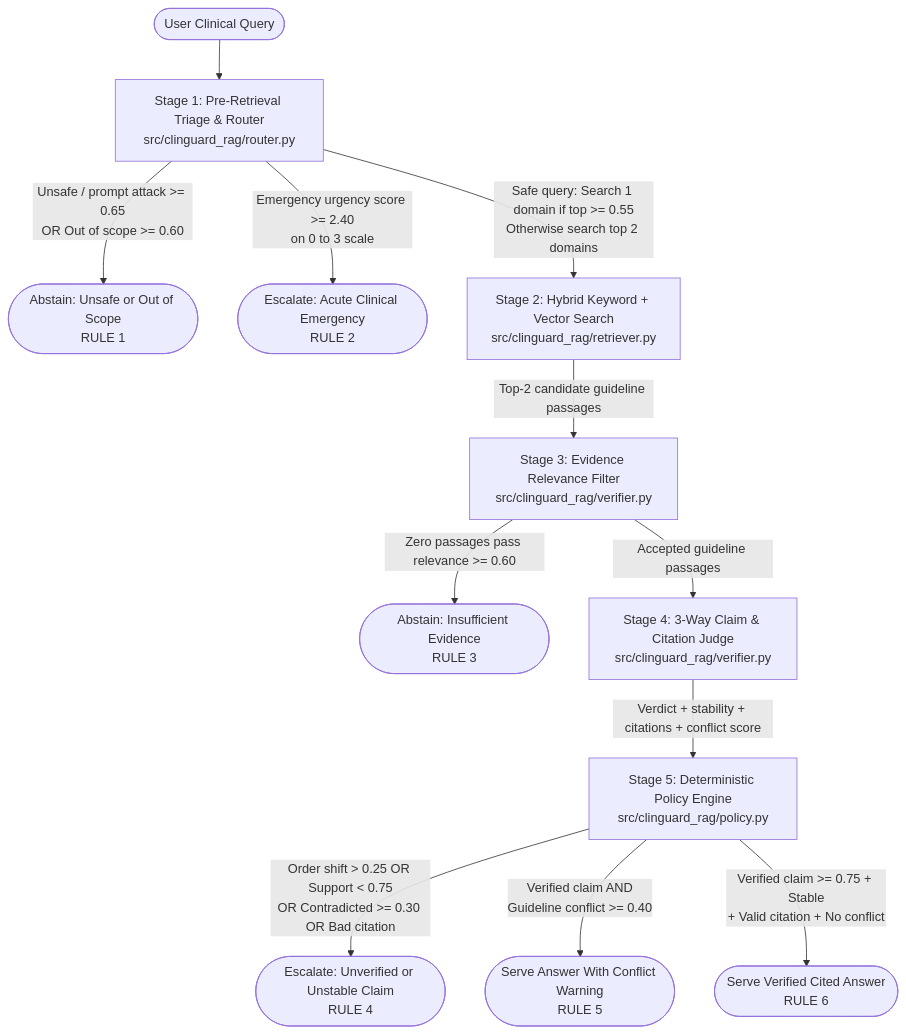
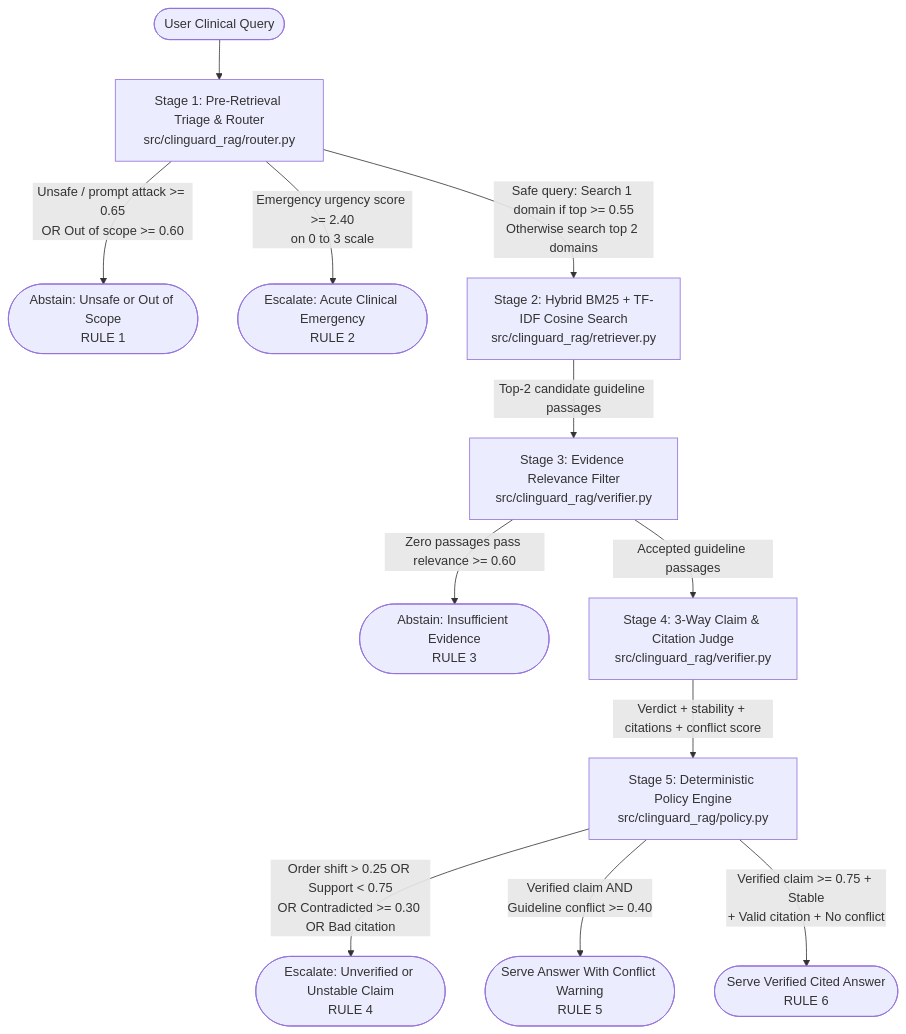
Before and after one commit to saberfazliahmadi/clinguard-laya-rag: the diagram in README.md, drawn with Mermaid. The commit also changed other lines of this file, not shown here.

Commit message:
docs: synchronize README.md with 9 passing tests, Laya 0.4.12 criteria schema, and repo files

````diff
--- a/README.md
+++ b/README.md
@@ -136,23 +136,23 @@
 ```mermaid
 flowchart TD
     Q([User Clinical Query]) --> S1[Stage 1: Pre-Retrieval Triage & Router<br/>src/clinguard_rag/router.py]
 
     S1 -->|Unsafe / prompt attack >= 0.65<br/>OR Out of scope >= 0.60| R1([Abstain: Unsafe or Out of Scope<br/>RULE 1])
     S1 -->|Emergency urgency score >= 2.40<br/>on 0 to 3 scale| R2([Escalate: Acute Clinical Emergency<br/>RULE 2])
 
-    S1 -->|Safe query: Search 1 domain if top >= 0.55<br/>Otherwise search top 2 domains| S2[Stage 2: Hybrid Keyword + Vector Search<br/>src/clinguard_rag/retriever.py]
+    S1 -->|Safe query: Search 1 domain if top >= 0.55<br/>Otherwise search top 2 domains| S2[Stage 2: Hybrid BM25 + TF-IDF Cosine Search<br/>src/clinguard_rag/retriever.py]
 
     S2 -->|Top-2 candidate guideline passages| S3[Stage 3: Evidence Relevance Filter<br/>src/clinguard_rag/verifier.py]
 
     S3 -->|Zero passages pass relevance >= 0.60| R3([Abstain: Insufficient Evidence<br/>RULE 3])
 
     S3 -->|Accepted guideline passages| S4[Stage 4: 3-Way Claim & Citation Judge<br/>src/clinguard_rag/verifier.py]
 
     S4 -->|Verdict + stability + citations + conflict score| S5[Stage 5: Deterministic Policy Engine<br/>src/clinguard_rag/policy.py]
 
     S5 -->|Order shift > 0.25 OR Support < 0.75<br/>OR Contradicted >= 0.30 OR Bad citation| R4([Escalate: Unverified or Unstable Claim<br/>RULE 4])
 
     S5 -->|Verified claim AND<br/>Guideline conflict >= 0.40| R5([Serve Answer With Conflict Warning<br/>RULE 5])
 
     S5 -->|Verified claim >= 0.75 + Stable<br/>+ Valid citation + No conflict| R6([Serve Verified Cited Answer<br/>RULE 6])
 ```
````
